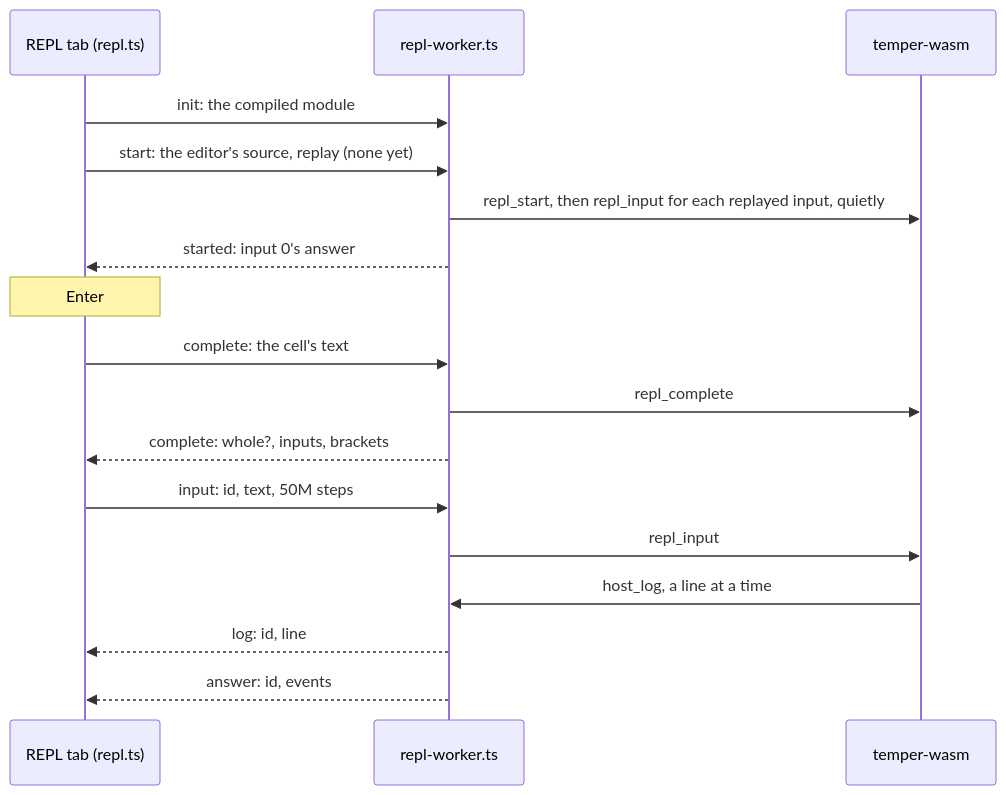
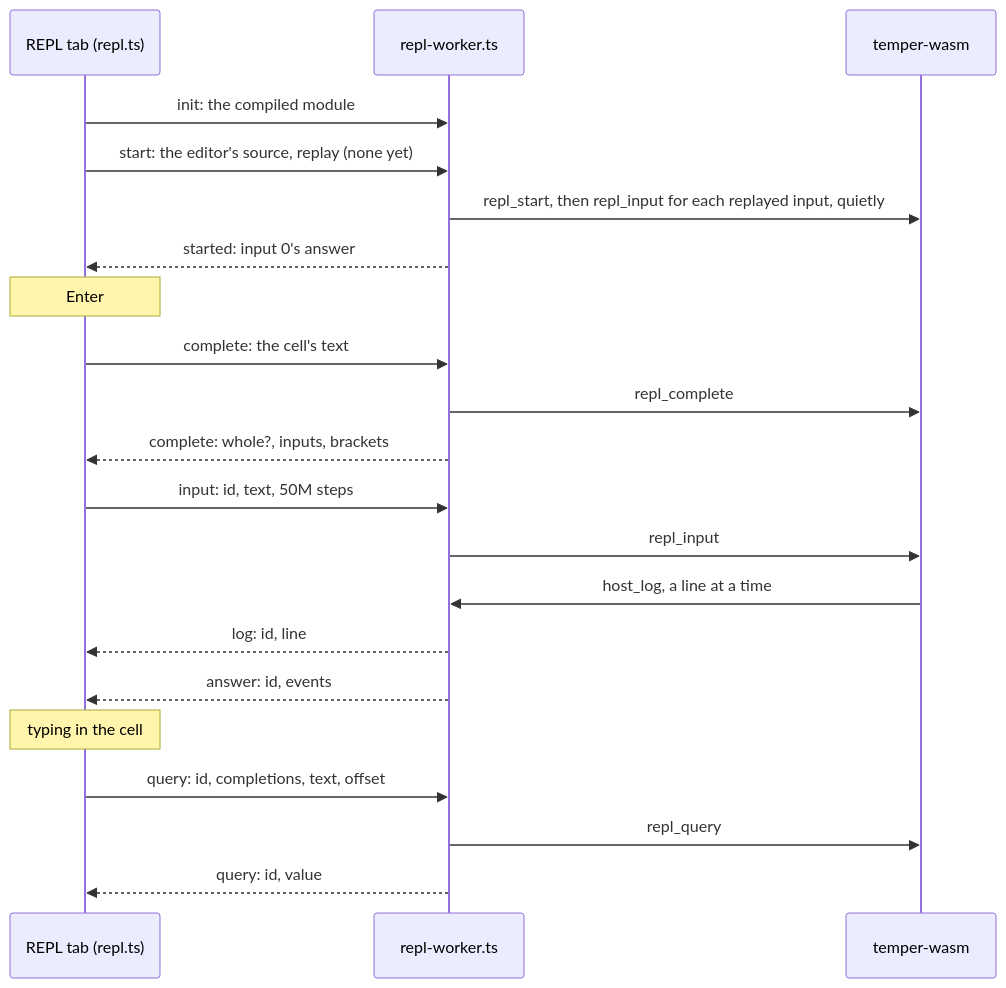
The third of 4 diagrams in docs/internals/detail/08-playground.md (temperlang/tempest), drawn with Mermaid before and after one commit. The commit also changed other lines of this file and 22 other files, not shown here.

First line of the commit message:
Add language help to the REPL cell, and runTests()

````diff
--- a/docs/internals/detail/08-playground.md
+++ b/docs/internals/detail/08-playground.md
@@ -459,19 +479,23 @@
 ```mermaid
 sequenceDiagram
   participant P as REPL tab (repl.ts)
   participant R as repl-worker.ts
   participant M as temper-wasm
   P->>R: init: the compiled module
   P->>R: start: the editor's source, replay (none yet)
   R->>M: repl_start, then repl_input for each replayed input, quietly
   R-->>P: started: input 0's answer
   Note over P: Enter
   P->>R: complete: the cell's text
   R->>M: repl_complete
   R-->>P: complete: whole?, inputs, brackets
   P->>R: input: id, text, 50M steps
   R->>M: repl_input
   M->>R: host_log, a line at a time
   R-->>P: log: id, line
   R-->>P: answer: id, events
+  Note over P: typing in the cell
+  P->>R: query: id, completions, text, offset
+  R->>M: repl_query
+  R-->>P: query: id, value
 ```
````
